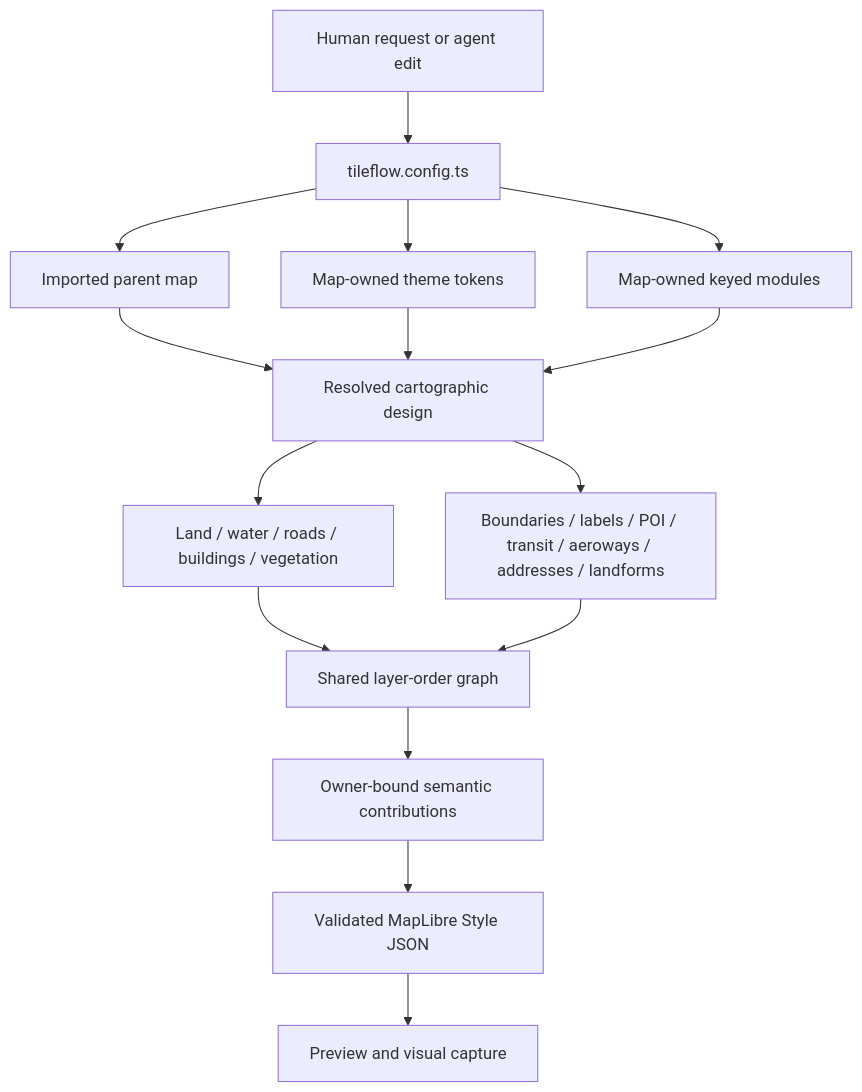
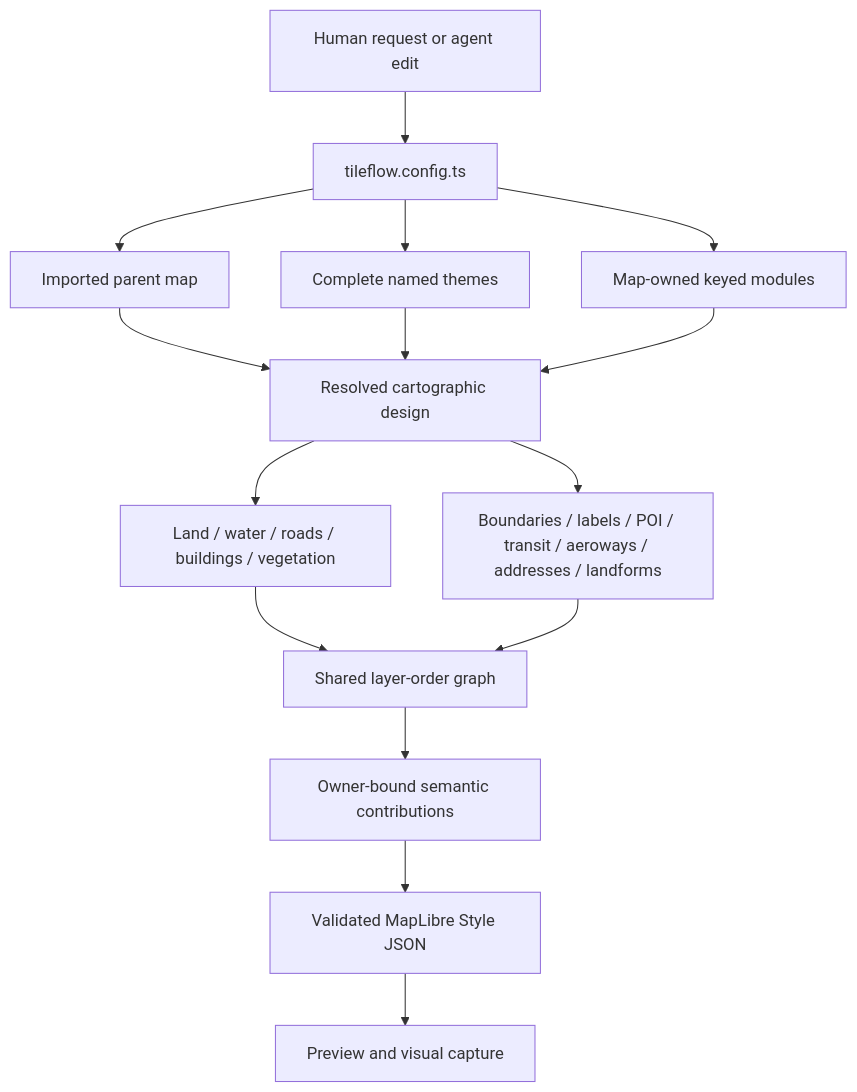
The diagram in docs/contracts/cartographic-authoring.md (tileflow/tileflow-sdk), drawn with Mermaid before and after one commit. The commit also changed other lines of this file and 263 other files, not shown here.

````diff
--- a/docs/contracts/cartographic-authoring.md
+++ b/docs/contracts/cartographic-authoring.md
@@ -22,17 +21,17 @@
 ```mermaid
 flowchart TD
   A["Human request or agent edit"] --> B["tileflow.config.ts"]
   B --> C["Imported parent map"]
-  B --> D["Map-owned theme tokens"]
+  B --> D["Complete named themes"]
   B --> E["Map-owned keyed modules"]
   C --> F["Resolved cartographic design"]
   D --> F
   E --> F
   F --> G["Land / water / roads / buildings / vegetation"]
   F --> H["Boundaries / labels / POI / transit / aeroways / addresses / landforms"]
   G --> I["Shared layer-order graph"]
   H --> I
   I --> J["Owner-bound semantic contributions"]
   J --> K["Validated MapLibre Style JSON"]
   K --> L["Preview and visual capture"]
 ```
````
